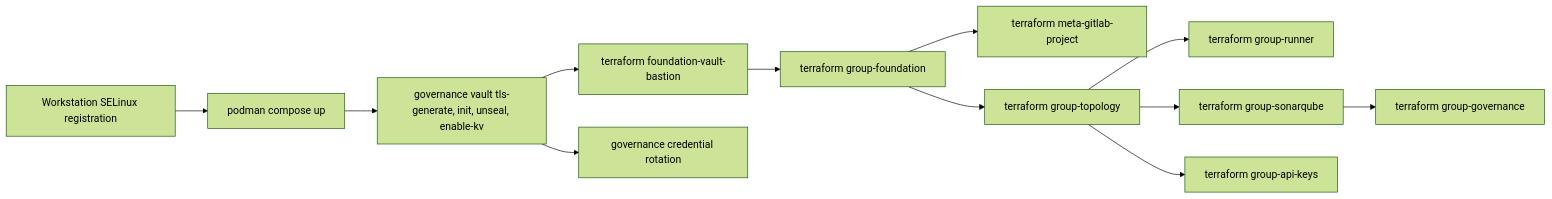
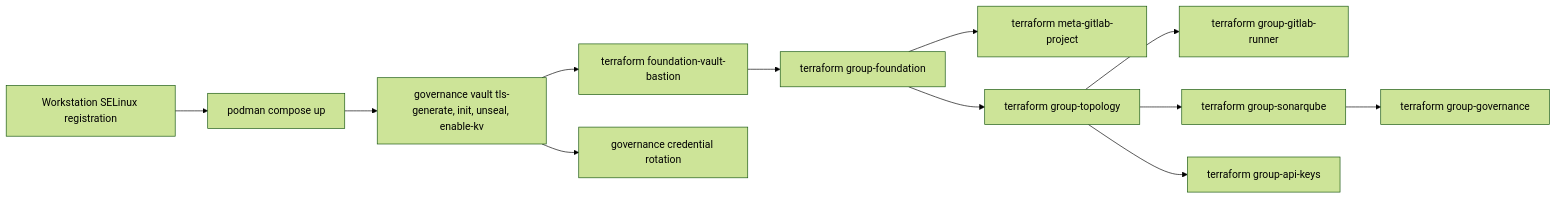
One commit to csning1998/parent-group-governance changed the diagram in README.md. Above: the diagram before and after it, drawn with Mermaid (forest theme). The commit also changed other lines of this file and 42 other files, not shown here.

````diff
--- a/README.md
+++ b/README.md
@@ -38,14 +38,14 @@
 ```mermaid
 flowchart LR
     SELinux["Workstation SELinux registration"] --> Compose["podman compose up"]
     Compose --> VaultLifecycle["governance vault tls-generate, init, unseal, enable-kv"]
     VaultLifecycle --> Foundation["terraform foundation-vault-bastion"]
     Foundation --> GroupFoundation["terraform group-foundation"]
     GroupFoundation --> Project["terraform meta-gitlab-project"]
     GroupFoundation --> Topology["terraform group-topology"]
-    Topology --> Runner["terraform group-runner"]
+    Topology --> Runner["terraform group-gitlab-runner"]
     Topology --> Sonar["terraform group-sonarqube"]
     Sonar --> Governance["terraform group-governance"]
     Topology --> ApiKeys["terraform group-api-keys"]
     VaultLifecycle --> Rotate["governance credential rotation"]
 ```
````
